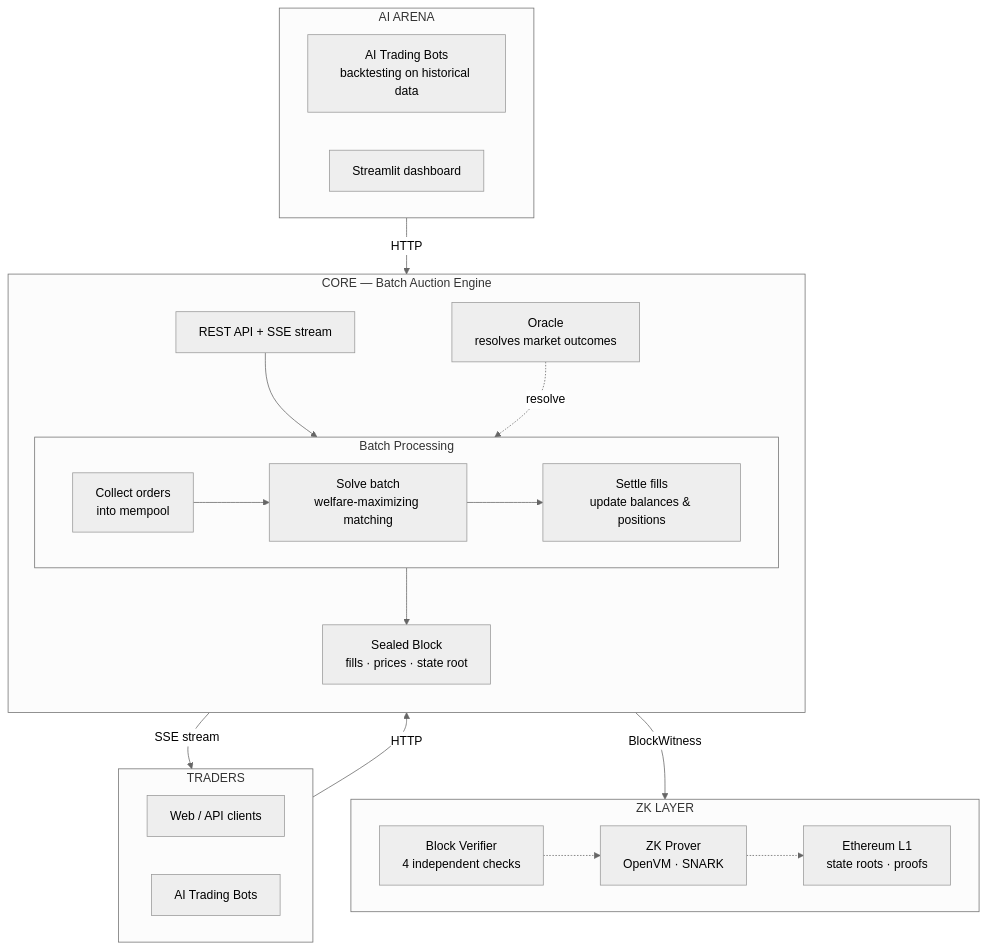
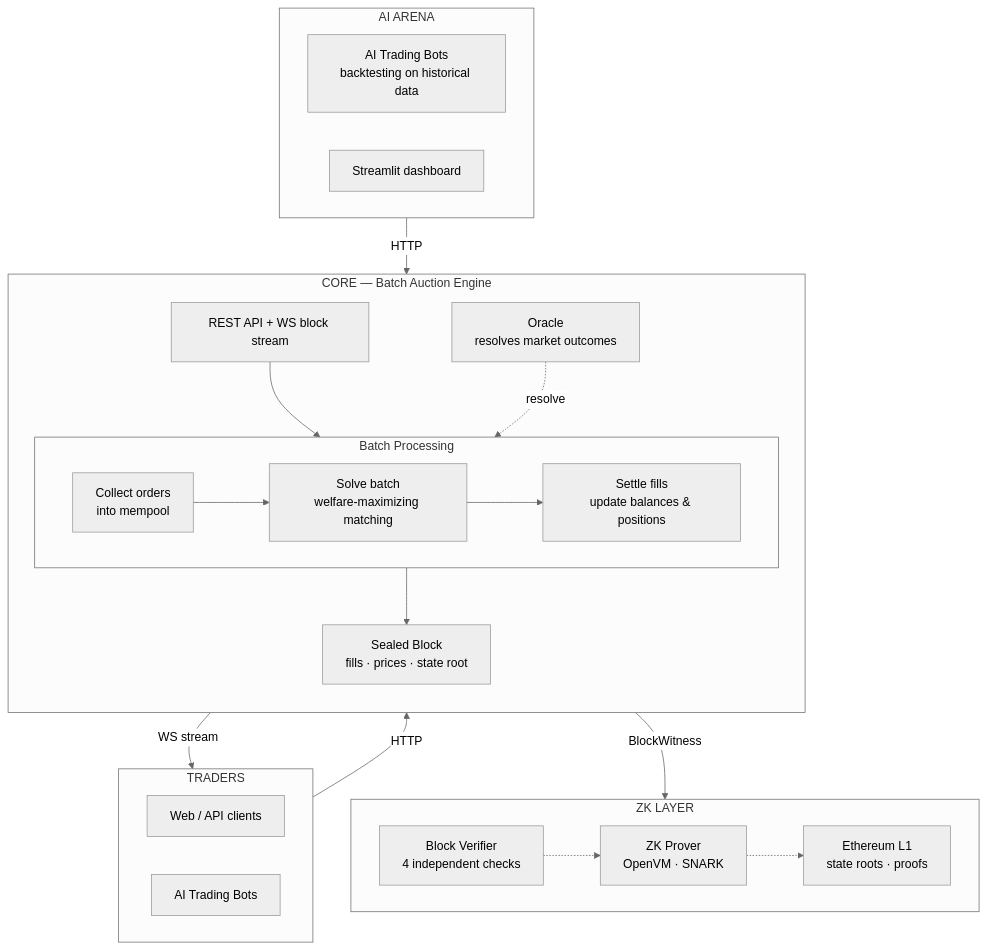
The diagram in docs/architecture/Sybil Architecture.md (MetaB0y/sybil), drawn with Mermaid (neutral theme) before and after one commit. The commit also changed other lines of this file and 16 other files, not shown here.

````diff
--- a/docs/architecture/Sybil Architecture.md
+++ b/docs/architecture/Sybil Architecture.md
@@ -12,42 +12,42 @@
 ```mermaid
 graph TB
     subgraph traders["TRADERS"]
         direction LR
         WEB["Web / API clients"]
         BOTS["AI Trading Bots"]
     end
 
     subgraph core["CORE — Batch Auction Engine"]
         direction TB
-        API["REST API + SSE stream"]
+        API["REST API + WS block stream"]
         subgraph batch["Batch Processing"]
             direction LR
             COLLECT["Collect orders<br/>into mempool"]
             SOLVE["Solve batch<br/>welfare-maximizing matching"]
             SETTLE["Settle fills<br/>update balances & positions"]
         end
         BLOCK["Sealed Block<br/>fills · prices · state root"]
         ORACLE["Oracle<br/>resolves market outcomes"]
         API --> COLLECT --> SOLVE --> SETTLE --> BLOCK
         ORACLE -.->|"resolve"| SETTLE
     end
 
     subgraph arena["AI ARENA"]
         direction LR
         COMPETITION["AI Trading Bots<br/>backtesting on historical data"]
         DASHBOARD["Streamlit dashboard"]
     end
 
     subgraph zk["ZK LAYER"]
         direction LR
         VERIFIER["Block Verifier<br/>4 independent checks"]
         PROVER["ZK Prover<br/>OpenVM · SNARK"]
         L1["Ethereum L1<br/>state roots · proofs"]
         VERIFIER -.-> PROVER -.-> L1
     end
 
     traders -->|"HTTP"| API
-    BLOCK -->|"SSE stream"| traders
+    BLOCK -->|"WS stream"| traders
     BLOCK -->|"BlockWitness"| VERIFIER
     COMPETITION -->|"HTTP"| API
 ```
````
